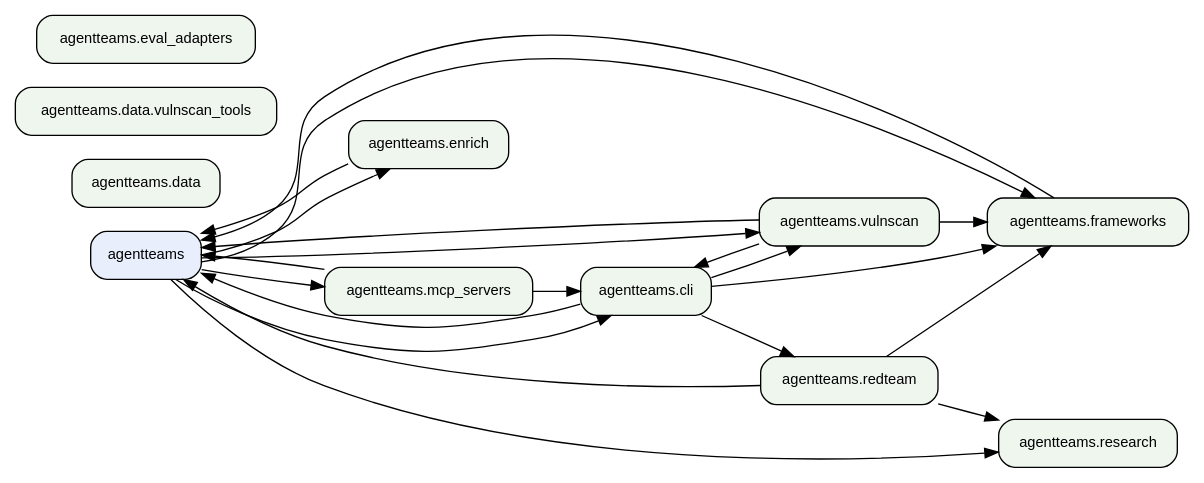
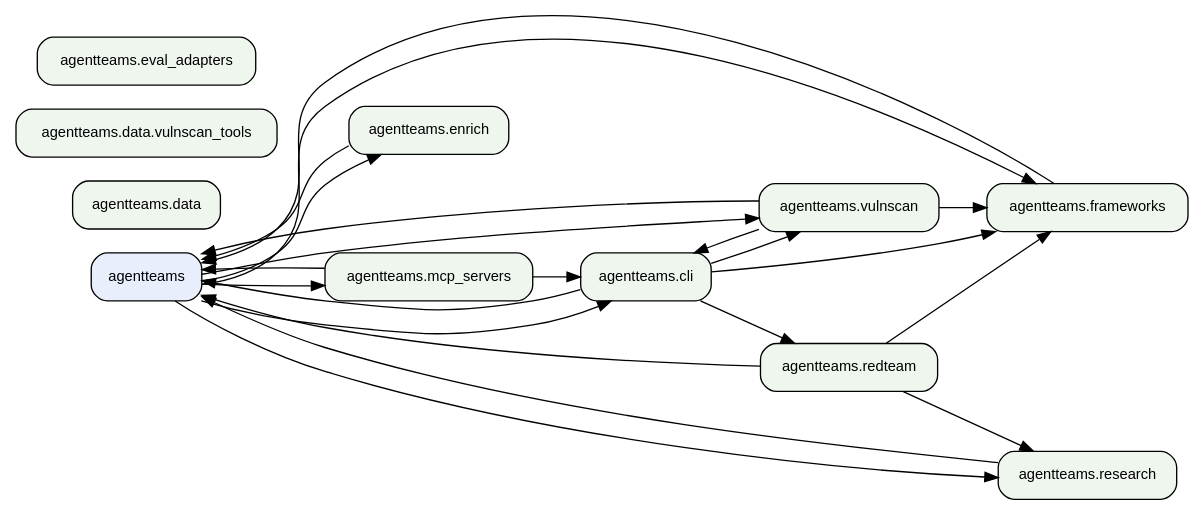
Before and after one commit to jlcatonjr/agentteams: the second of 2 diagrams in references/architecture-graph.md, drawn with Graphviz. The commit also changed other lines of this file and 3 other files, not shown here.

````diff
--- a/references/architecture-graph.md
+++ b/references/architecture-graph.md
@@ -454,38 +457,39 @@
 ```dot
 digraph "agentteams architecture" {
     rankdir=LR;
     node [fontname="Helvetica", fontsize=11, shape=box, style="rounded,filled", fillcolor="#eef6ee"];
     edge [fontsize=9];
     "agentteams" [fillcolor="#e8eefb"];
     "agentteams.cli" [fillcolor="#eef6ee"];
     "agentteams.data" [fillcolor="#eef6ee"];
     "agentteams.data.vulnscan_tools" [fillcolor="#eef6ee"];
     "agentteams.enrich" [fillcolor="#eef6ee"];
     "agentteams.eval_adapters" [fillcolor="#eef6ee"];
     "agentteams.frameworks" [fillcolor="#eef6ee"];
     "agentteams.mcp_servers" [fillcolor="#eef6ee"];
     "agentteams.redteam" [fillcolor="#eef6ee"];
     "agentteams.research" [fillcolor="#eef6ee"];
     "agentteams.vulnscan" [fillcolor="#eef6ee"];
     "agentteams" -> "agentteams.cli";
     "agentteams" -> "agentteams.enrich";
     "agentteams" -> "agentteams.frameworks";
     "agentteams" -> "agentteams.mcp_servers";
     "agentteams" -> "agentteams.research";
     "agentteams" -> "agentteams.vulnscan";
     "agentteams.cli" -> "agentteams";
     "agentteams.cli" -> "agentteams.frameworks";
     "agentteams.cli" -> "agentteams.redteam";
     "agentteams.cli" -> "agentteams.vulnscan";
     "agentteams.enrich" -> "agentteams";
     "agentteams.frameworks" -> "agentteams";
     "agentteams.mcp_servers" -> "agentteams";
     "agentteams.mcp_servers" -> "agentteams.cli";
     "agentteams.redteam" -> "agentteams";
     "agentteams.redteam" -> "agentteams.frameworks";
     "agentteams.redteam" -> "agentteams.research";
+    "agentteams.research" -> "agentteams";
     "agentteams.vulnscan" -> "agentteams";
     "agentteams.vulnscan" -> "agentteams.cli";
     "agentteams.vulnscan" -> "agentteams.frameworks";
 }
 ```
````
